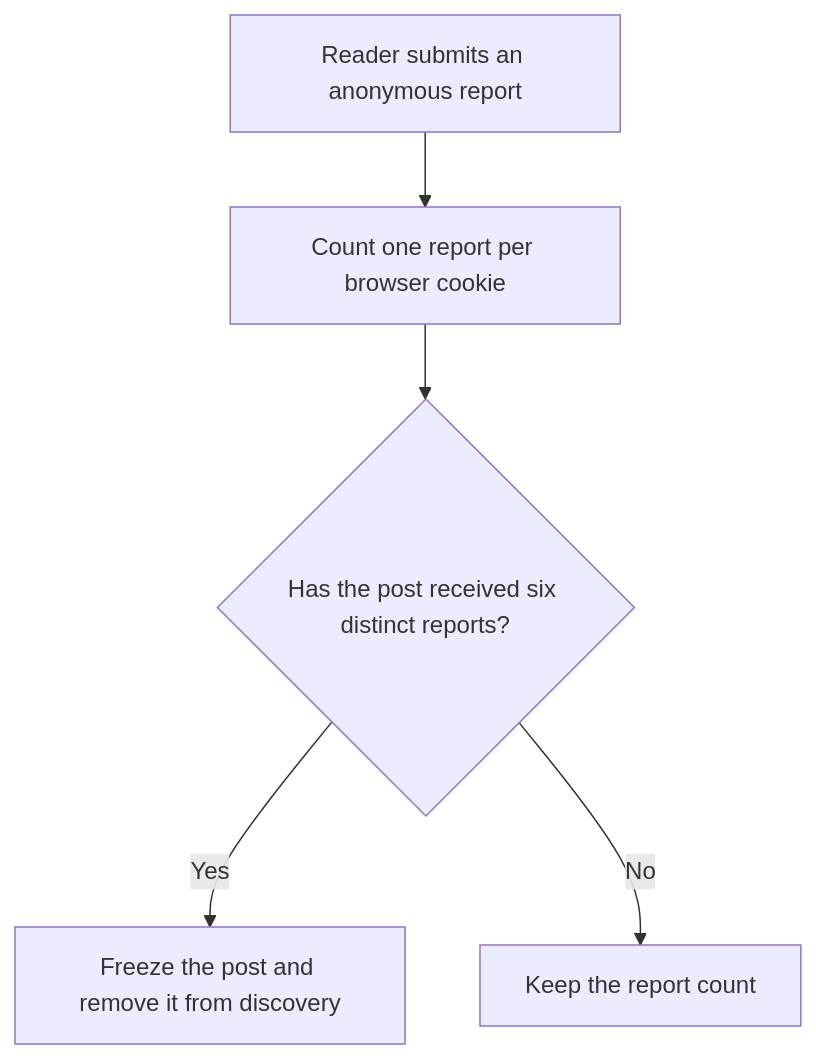
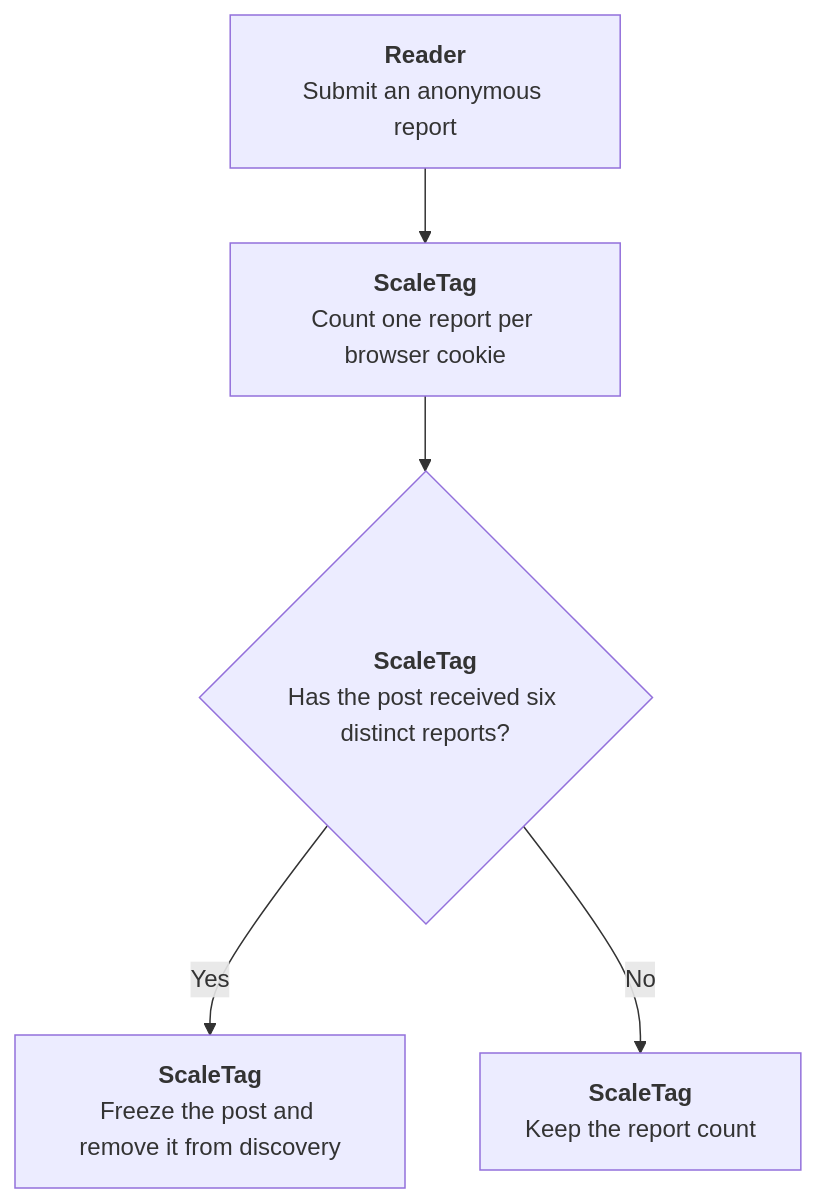
One commit to ChrisXHLeung/ScaleTag changed the tenth of 11 diagrams in README.md. Above: the diagram before and after it, drawn with Mermaid. The commit also changed other lines of this file and 4 other files, not shown here.

Commit message:
Identify actors in ScaleTag feature workflows

````diff
--- a/README.md
+++ b/README.md
@@ -134,7 +141,7 @@
 ```mermaid
 flowchart TD
-    A["Reader submits an anonymous report"] --> B["Count one report per browser cookie"]
-    B --> C{"Has the post received six distinct reports?"}
-    C -->|"Yes"| D["Freeze the post and remove it from discovery"]
-    C -->|"No"| E["Keep the report count"]
+    A["<b>Reader</b><br/>Submit an anonymous report"] --> B["<b>ScaleTag</b><br/>Count one report per browser cookie"]
+    B --> C{"<b>ScaleTag</b><br/>Has the post received six distinct reports?"}
+    C -->|"Yes"| D["<b>ScaleTag</b><br/>Freeze the post and remove it from discovery"]
+    C -->|"No"| E["<b>ScaleTag</b><br/>Keep the report count"]
 ```
````
